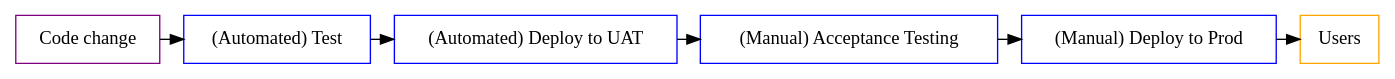
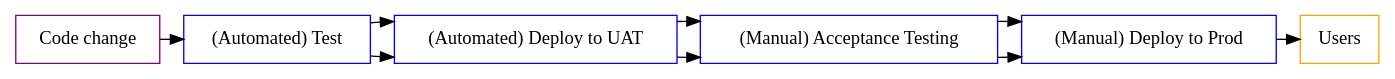
One commit to atsaloli/cicd changed the diagram in img/lab-pipeline.dot. Above: the diagram before and after it, drawn with Graphviz. The commit also changed 1 other file, not shown here.

```diff
--- a/img/lab-pipeline.dot
+++ b/img/lab-pipeline.dot
@@ -1,18 +1,19 @@
 digraph G {
   node [ shape = box ];
 
   code [ label = "Code change"      color = purple style = filled fillcolor = white ]
 
   subgraph pipeline {
     test [ label = "(Automated) Test" color = blue style = filled fillcolor = white ]
     deploy_uat [ label = "(Automated) Deploy to UAT" color = blue style = filled fillcolor = white ]
     uat_test [ label = "(Manual) Acceptance Testing" color = blue style = filled fillcolor = white ]
     deploy_prod [ label = "(Manual) Deploy to Prod" color = blue style = filled fillcolor = white ]
     label = "CI/CD Pipeline";
     style = filled;
+  test -> deploy_uat -> uat_test -> deploy_prod [constraint=false]; 
   }
 
   users [ label = "Users"      color = orange style = filled fillcolor = white ]
 
   code -> test -> deploy_uat -> uat_test -> deploy_prod -> users [constraint=false]; 
 }
```
